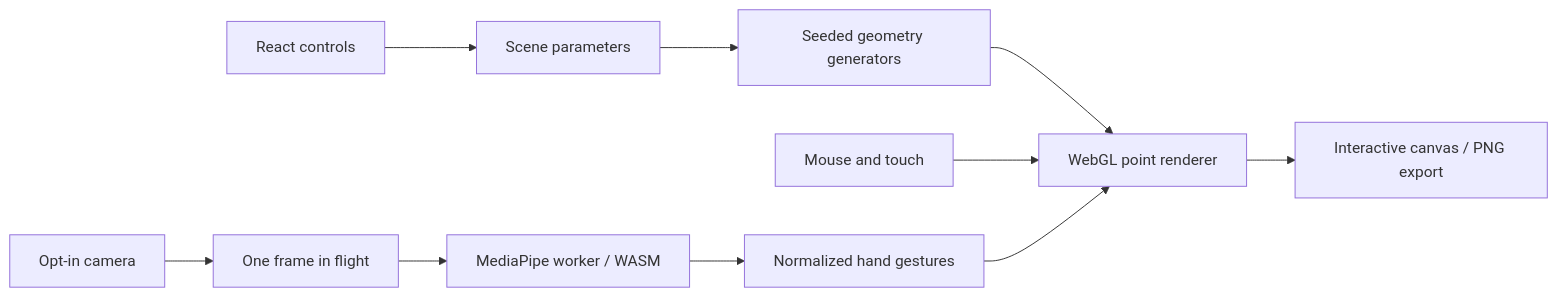
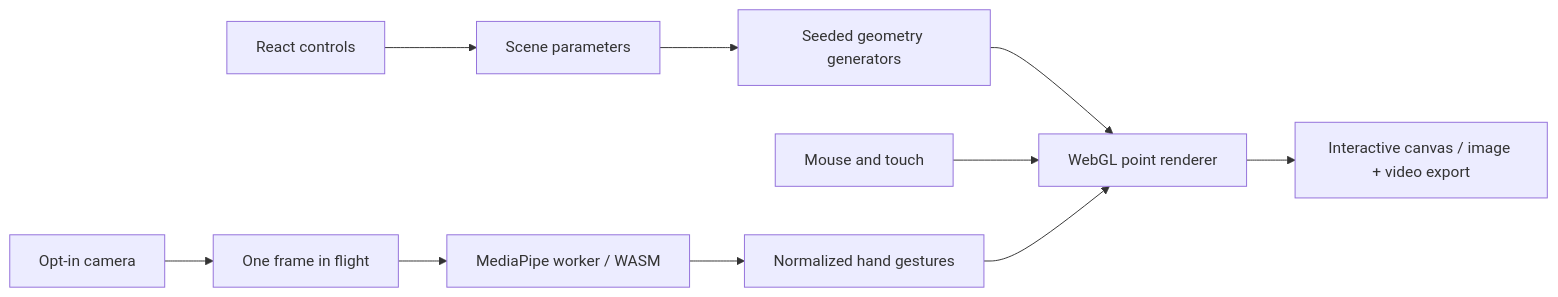
One commit to syedsaud15/gestura changed the diagram in README.md. Above: the diagram before and after it, drawn with Mermaid. The commit also changed other lines of this file and 6 other files, not shown here.

````diff
--- a/README.md
+++ b/README.md
@@ -44,12 +44,12 @@
 ```mermaid
 flowchart LR
   UI[React controls] --> State[Scene parameters]
   State --> Geometry[Seeded geometry generators]
   Geometry --> GPU[WebGL point renderer]
   Mouse[Mouse and touch] --> GPU
   Camera[Opt-in camera] --> Bitmap[One frame in flight]
   Bitmap --> Worker[MediaPipe worker / WASM]
   Worker --> Gestures[Normalized hand gestures]
   Gestures --> GPU
-  GPU --> Canvas[Interactive canvas / PNG export]
+  GPU --> Canvas[Interactive canvas / image + video export]
 ```
````
